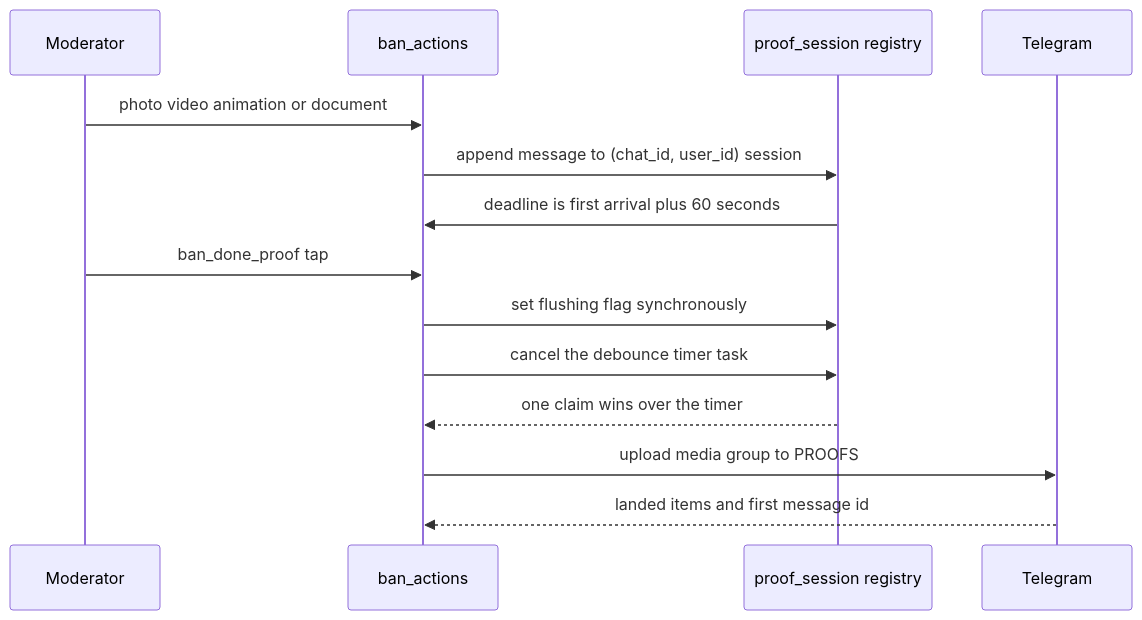
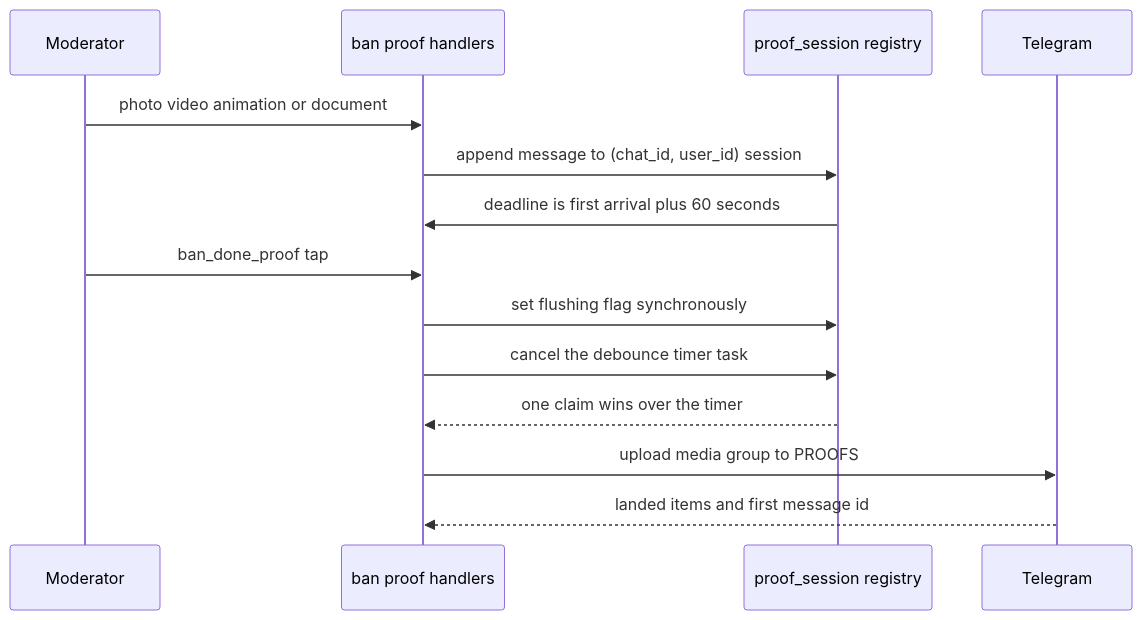
Before and after one commit to D1ZZY4/tcbot: the third of 6 diagrams in docs/flows/banning.md, drawn with Mermaid. The commit also changed other lines of this file and 24 other files, not shown here.

````diff
--- a/docs/flows/banning.md
+++ b/docs/flows/banning.md
@@ -119,16 +121,16 @@
 ```mermaid
 sequenceDiagram
     participant Mod as Moderator
-    participant Flow as ban_actions
+    participant Flow as ban proof handlers
     participant Reg as proof_session registry
     participant Bot as Telegram
     Mod->>Flow: photo video animation or document
     Flow->>Reg: append message to (chat_id, user_id) session
     Reg->>Flow: deadline is first arrival plus 60 seconds
     Mod->>Flow: ban_done_proof tap
     Flow->>Reg: set flushing flag synchronously
     Flow->>Reg: cancel the debounce timer task
     Reg-->>Flow: one claim wins over the timer
     Flow->>Bot: upload media group to PROOFS
     Bot-->>Flow: landed items and first message id
 ```
````
